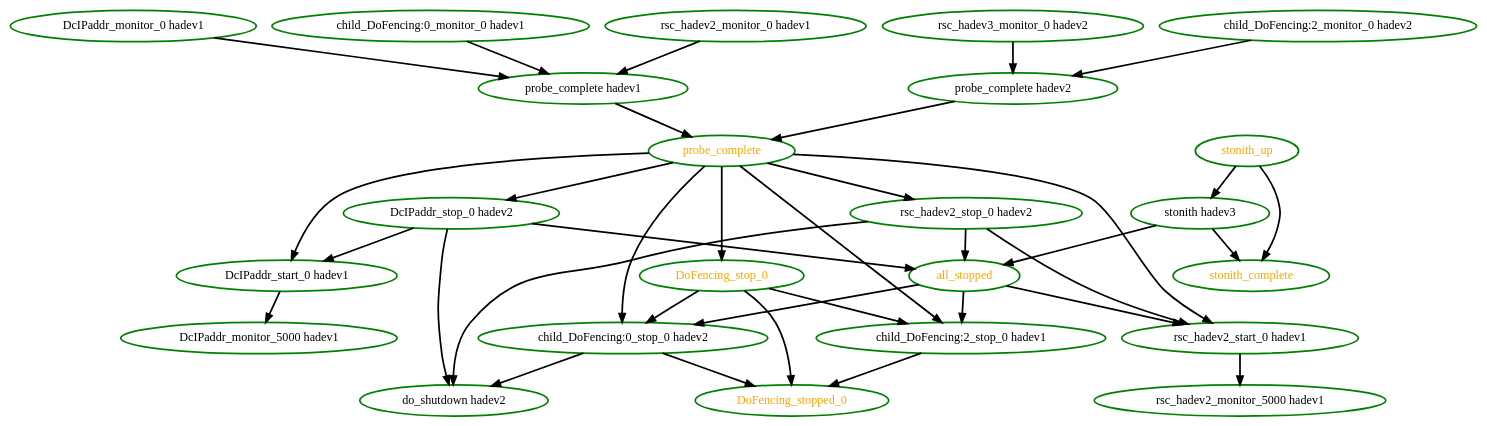
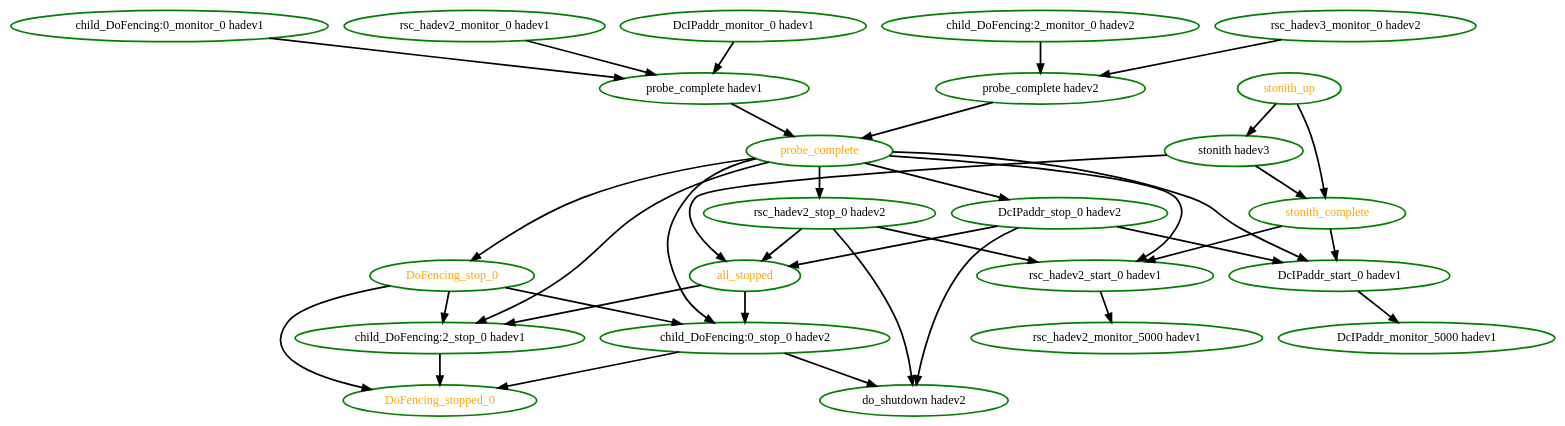
Before and after one commit to ClusterLabs/pacemaker-1.0: the diagram in pengine/test10/594.dot, drawn with Graphviz. The commit also changed 50 other files, not shown here.

```diff
--- a/pengine/test10/594.dot
+++ b/pengine/test10/594.dot
@@ -1,60 +1,61 @@
- digraph "g" {
+digraph "g" {
 "DcIPaddr_monitor_0 hadev1" -> "probe_complete hadev1" [ style = bold]
-"DcIPaddr_monitor_0 hadev1" [ style=bold color="green" fontcolor="black" ]
-"DcIPaddr_monitor_5000 hadev1" [ style=bold color="green" fontcolor="black" ]
+"DcIPaddr_monitor_0 hadev1" [ style=bold color="green" fontcolor="black"  ]
+"DcIPaddr_monitor_5000 hadev1" [ style=bold color="green" fontcolor="black"  ]
 "DcIPaddr_start_0 hadev1" -> "DcIPaddr_monitor_5000 hadev1" [ style = bold]
-"DcIPaddr_start_0 hadev1" [ style=bold color="green" fontcolor="black" ]
+"DcIPaddr_start_0 hadev1" [ style=bold color="green" fontcolor="black"  ]
 "DcIPaddr_stop_0 hadev2" -> "DcIPaddr_start_0 hadev1" [ style = bold]
 "DcIPaddr_stop_0 hadev2" -> "all_stopped" [ style = bold]
 "DcIPaddr_stop_0 hadev2" -> "do_shutdown hadev2" [ style = bold]
-"DcIPaddr_stop_0 hadev2" [ style=bold color="green" fontcolor="black" ]
+"DcIPaddr_stop_0 hadev2" [ style=bold color="green" fontcolor="black"  ]
 "DoFencing_stop_0" -> "DoFencing_stopped_0" [ style = bold]
 "DoFencing_stop_0" -> "child_DoFencing:0_stop_0 hadev2" [ style = bold]
 "DoFencing_stop_0" -> "child_DoFencing:2_stop_0 hadev1" [ style = bold]
-"DoFencing_stop_0" [ style=bold color="green" fontcolor="orange" ]
-"DoFencing_stopped_0" [ style=bold color="green" fontcolor="orange" ]
+"DoFencing_stop_0" [ style=bold color="green" fontcolor="orange"  ]
+"DoFencing_stopped_0" [ style=bold color="green" fontcolor="orange"  ]
 "all_stopped" -> "child_DoFencing:0_stop_0 hadev2" [ style = bold]
 "all_stopped" -> "child_DoFencing:2_stop_0 hadev1" [ style = bold]
-"all_stopped" -> "rsc_hadev2_start_0 hadev1" [ style = bold]
 "all_stopped" [ style=bold color="green" fontcolor="orange"  ]
 "child_DoFencing:0_monitor_0 hadev1" -> "probe_complete hadev1" [ style = bold]
-"child_DoFencing:0_monitor_0 hadev1" [ style=bold color="green" fontcolor="black" ]
+"child_DoFencing:0_monitor_0 hadev1" [ style=bold color="green" fontcolor="black"  ]
 "child_DoFencing:0_stop_0 hadev2" -> "DoFencing_stopped_0" [ style = bold]
 "child_DoFencing:0_stop_0 hadev2" -> "do_shutdown hadev2" [ style = bold]
-"child_DoFencing:0_stop_0 hadev2" [ style=bold color="green" fontcolor="black" ]
+"child_DoFencing:0_stop_0 hadev2" [ style=bold color="green" fontcolor="black"  ]
 "child_DoFencing:2_monitor_0 hadev2" -> "probe_complete hadev2" [ style = bold]
-"child_DoFencing:2_monitor_0 hadev2" [ style=bold color="green" fontcolor="black" ]
+"child_DoFencing:2_monitor_0 hadev2" [ style=bold color="green" fontcolor="black"  ]
 "child_DoFencing:2_stop_0 hadev1" -> "DoFencing_stopped_0" [ style = bold]
-"child_DoFencing:2_stop_0 hadev1" [ style=bold color="green" fontcolor="black" ]
-"do_shutdown hadev2" [ style=bold color="green" fontcolor="black" ]
+"child_DoFencing:2_stop_0 hadev1" [ style=bold color="green" fontcolor="black"  ]
+"do_shutdown hadev2" [ style=bold color="green" fontcolor="black"  ]
 "probe_complete hadev1" -> "probe_complete" [ style = bold]
-"probe_complete hadev1" [ style=bold color="green" fontcolor="black" ]
+"probe_complete hadev1" [ style=bold color="green" fontcolor="black"  ]
 "probe_complete hadev2" -> "probe_complete" [ style = bold]
-"probe_complete hadev2" [ style=bold color="green" fontcolor="black" ]
+"probe_complete hadev2" [ style=bold color="green" fontcolor="black"  ]
 "probe_complete" -> "DcIPaddr_start_0 hadev1" [ style = bold]
 "probe_complete" -> "DcIPaddr_stop_0 hadev2" [ style = bold]
 "probe_complete" -> "DoFencing_stop_0" [ style = bold]
 "probe_complete" -> "child_DoFencing:0_stop_0 hadev2" [ style = bold]
 "probe_complete" -> "child_DoFencing:2_stop_0 hadev1" [ style = bold]
 "probe_complete" -> "rsc_hadev2_start_0 hadev1" [ style = bold]
 "probe_complete" -> "rsc_hadev2_stop_0 hadev2" [ style = bold]
-"probe_complete" [ style=bold color="green" fontcolor="orange" ]
+"probe_complete" [ style=bold color="green" fontcolor="orange"  ]
 "rsc_hadev2_monitor_0 hadev1" -> "probe_complete hadev1" [ style = bold]
-"rsc_hadev2_monitor_0 hadev1" [ style=bold color="green" fontcolor="black" ]
-"rsc_hadev2_monitor_5000 hadev1" [ style=bold color="green" fontcolor="black" ]
+"rsc_hadev2_monitor_0 hadev1" [ style=bold color="green" fontcolor="black"  ]
+"rsc_hadev2_monitor_5000 hadev1" [ style=bold color="green" fontcolor="black"  ]
 "rsc_hadev2_start_0 hadev1" -> "rsc_hadev2_monitor_5000 hadev1" [ style = bold]
-"rsc_hadev2_start_0 hadev1" [ style=bold color="green" fontcolor="black" ]
+"rsc_hadev2_start_0 hadev1" [ style=bold color="green" fontcolor="black"  ]
 "rsc_hadev2_stop_0 hadev2" -> "all_stopped" [ style = bold]
 "rsc_hadev2_stop_0 hadev2" -> "do_shutdown hadev2" [ style = bold]
 "rsc_hadev2_stop_0 hadev2" -> "rsc_hadev2_start_0 hadev1" [ style = bold]
-"rsc_hadev2_stop_0 hadev2" [ style=bold color="green" fontcolor="black" ]
+"rsc_hadev2_stop_0 hadev2" [ style=bold color="green" fontcolor="black"  ]
 "rsc_hadev3_monitor_0 hadev2" -> "probe_complete hadev2" [ style = bold]
-"rsc_hadev3_monitor_0 hadev2" [ style=bold color="green" fontcolor="black" ]
+"rsc_hadev3_monitor_0 hadev2" [ style=bold color="green" fontcolor="black"  ]
 "stonith hadev3" -> "all_stopped" [ style = bold]
 "stonith hadev3" -> "stonith_complete" [ style = bold]
-"stonith hadev3" [ style=bold color="green" fontcolor="black" ]
+"stonith hadev3" [ style=bold color="green" fontcolor="black"  ]
+"stonith_complete" -> "DcIPaddr_start_0 hadev1" [ style = bold]
+"stonith_complete" -> "rsc_hadev2_start_0 hadev1" [ style = bold]
 "stonith_complete" [ style=bold color="green" fontcolor="orange"  ]
 "stonith_up" -> "stonith hadev3" [ style = bold]
 "stonith_up" -> "stonith_complete" [ style = bold]
 "stonith_up" [ style=bold color="green" fontcolor="orange"  ]
 }
```
